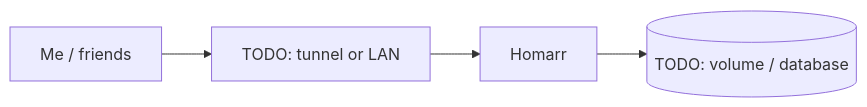
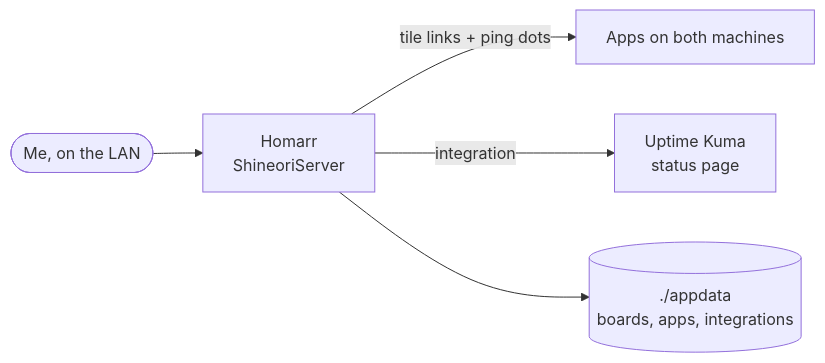
One commit to Shineori/homelab changed the diagram in docs/services/homarr.md. Above: the diagram before and after it, drawn with Mermaid. The commit also changed other lines of this file and 4 other files, not shown here.

First line of the commit message:
Fill in the pages for the services that moved to ShineoriServer

````diff
--- a/docs/services/homarr.md
+++ b/docs/services/homarr.md
@@ -22,6 +23,7 @@
 ```mermaid
 flowchart LR
-    user[Me / friends] --> entry[TODO: tunnel or LAN]
-    entry --> app[Homarr]
-    app --> data[(TODO: volume / database)]
+    me([Me, on the LAN]) --> homarr[Homarr<br/>ShineoriServer]
+    homarr -- tile links + ping dots --> apps[Apps on both machines]
+    homarr -- integration --> kuma[Uptime Kuma<br/>status page]
+    homarr --> data[(./appdata<br/>boards, apps, integrations)]
 ```
````
